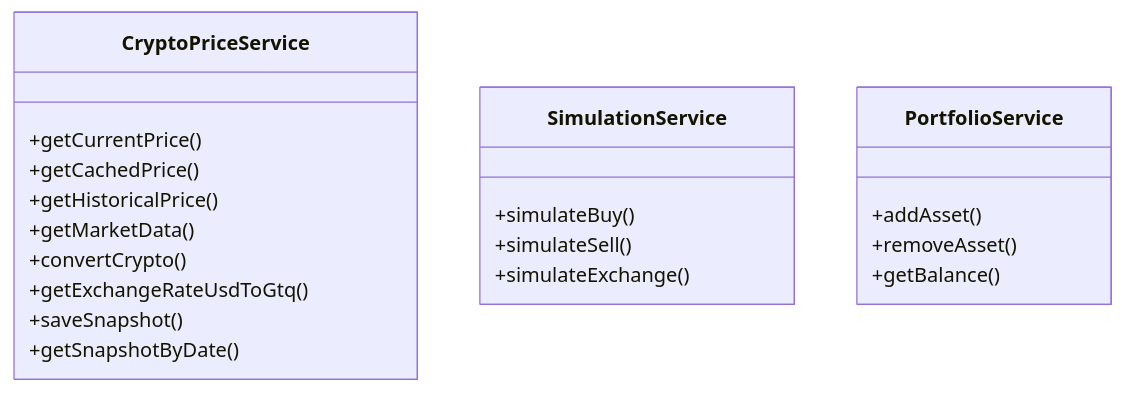
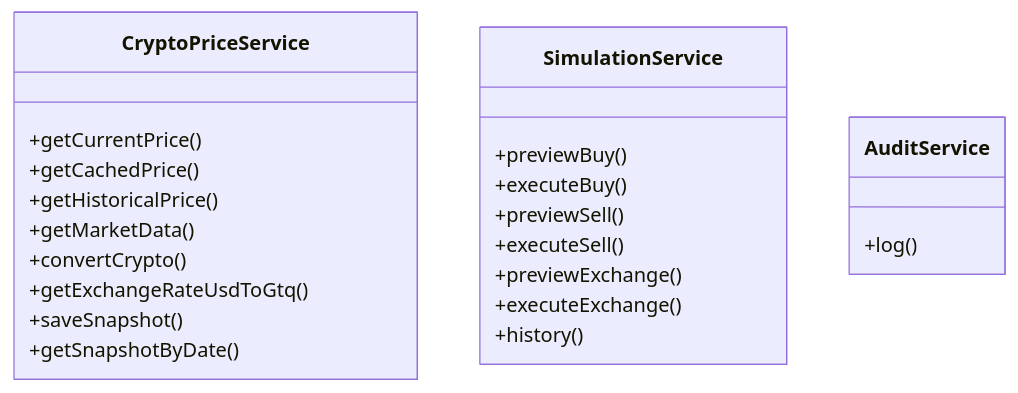
The tenth of 15 diagrams in docs/plataforma-simulacion-criptomonedas.md (fernandocamargo-ae/CoinScope), drawn with Mermaid before and after one commit. The commit also changed other lines of this file and 51 other files, not shown here.

````diff
--- a/docs/plataforma-simulacion-criptomonedas.md
+++ b/docs/plataforma-simulacion-criptomonedas.md
@@ -637,23 +637,25 @@
 ```mermaid
 classDiagram
     class CryptoPriceService {
         +getCurrentPrice()
         +getCachedPrice()
         +getHistoricalPrice()
         +getMarketData()
         +convertCrypto()
         +getExchangeRateUsdToGtq()
         +saveSnapshot()
         +getSnapshotByDate()
     }
     class SimulationService {
-        +simulateBuy()
-        +simulateSell()
-        +simulateExchange()
+        +previewBuy()
+        +executeBuy()
+        +previewSell()
+        +executeSell()
+        +previewExchange()
+        +executeExchange()
+        +history()
     }
-    class PortfolioService {
-        +addAsset()
-        +removeAsset()
-        +getBalance()
+    class AuditService {
+        +log()
     }
 ```
````
